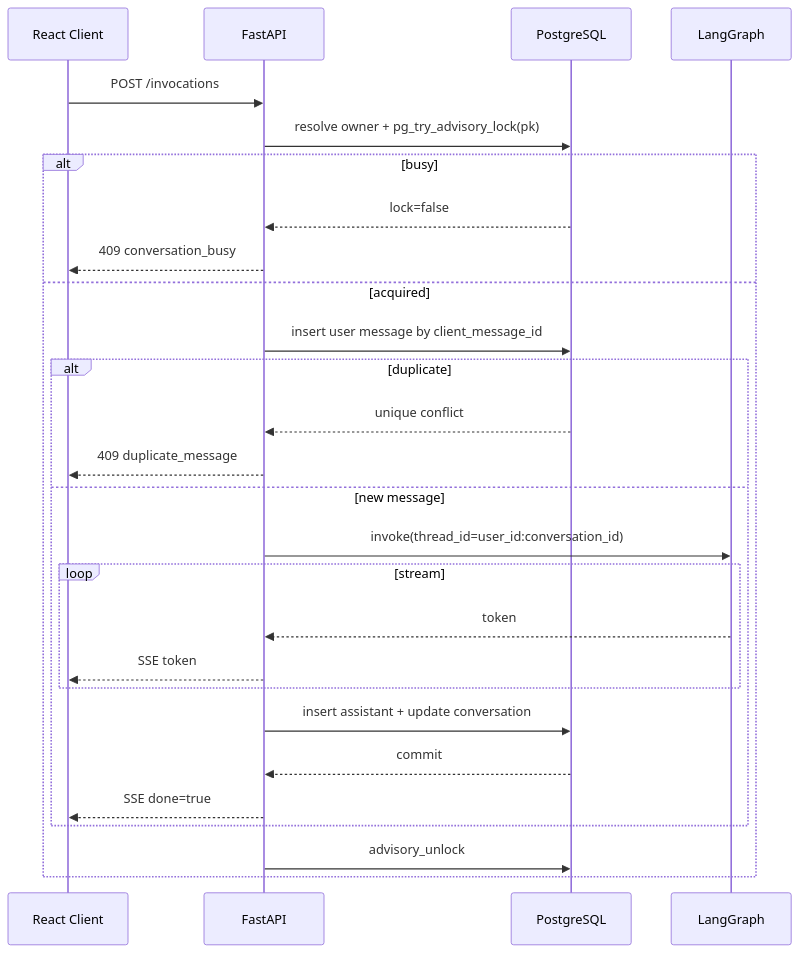
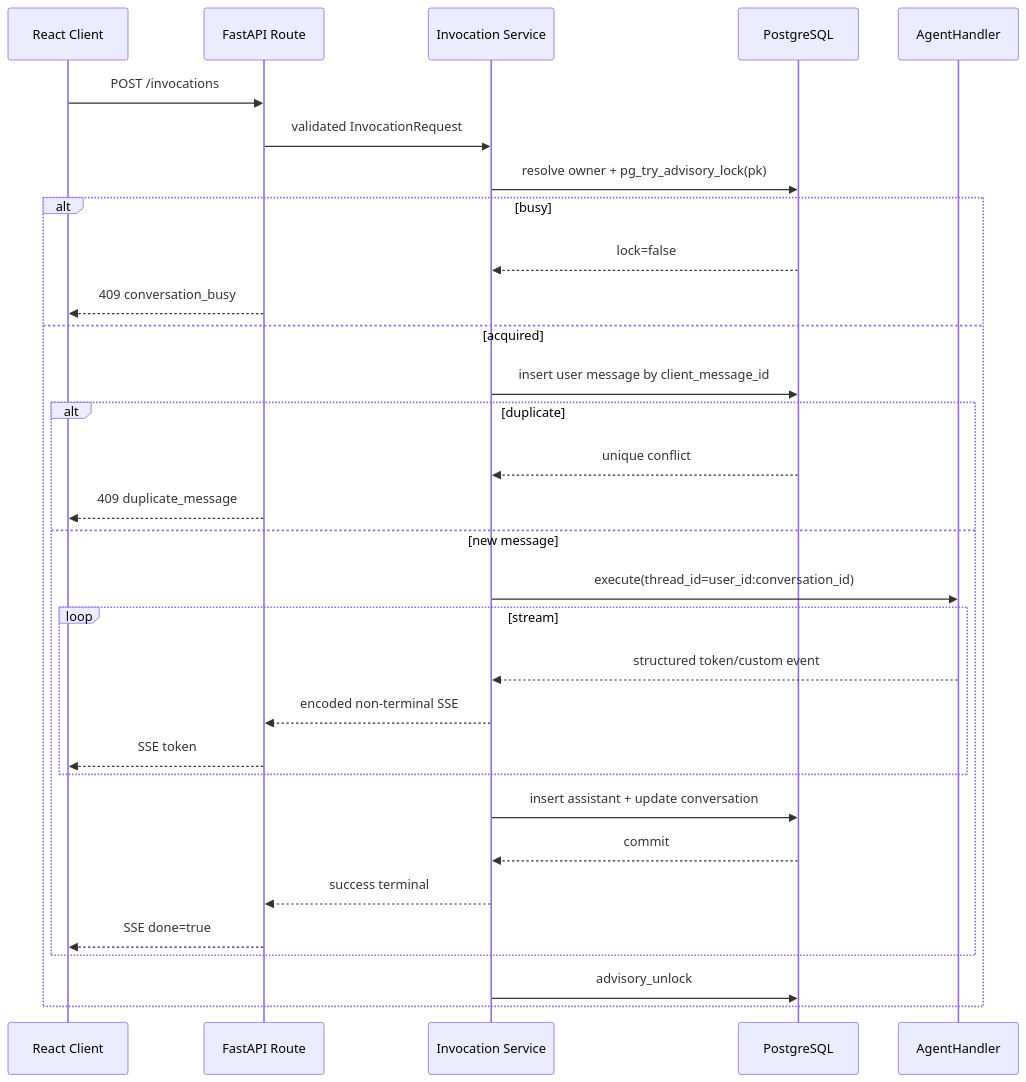
The second of 3 diagrams in personal-assistant-meta/issues/features/feature-14-multi-session-runtime-prewarm/plan.md (T-1009/personal-assistant), drawn with Mermaid before and after one commit. The commit also changed other lines of this file and 3 other files, not shown here.

````diff
--- a/personal-assistant-meta/issues/features/feature-14-multi-session-runtime-prewarm/plan.md
+++ b/personal-assistant-meta/issues/features/feature-14-multi-session-runtime-prewarm/plan.md
@@ -339,30 +340,34 @@
 ```mermaid
 sequenceDiagram
     participant UI as React Client
-    participant API as FastAPI
+    participant API as FastAPI Route
+    participant Invocation as Invocation Service
     participant DB as PostgreSQL
-    participant Graph as LangGraph
+    participant Agent as AgentHandler
 
     UI->>API: POST /invocations
-    API->>DB: resolve owner + pg_try_advisory_lock(pk)
+    API->>Invocation: validated InvocationRequest
+    Invocation->>DB: resolve owner + pg_try_advisory_lock(pk)
     alt busy
-        DB-->>API: lock=false
+        DB-->>Invocation: lock=false
         API-->>UI: 409 conversation_busy
     else acquired
-        API->>DB: insert user message by client_message_id
+        Invocation->>DB: insert user message by client_message_id
         alt duplicate
-            DB-->>API: unique conflict
+            DB-->>Invocation: unique conflict
             API-->>UI: 409 duplicate_message
         else new message
-            API->>Graph: invoke(thread_id=user_id:conversation_id)
+            Invocation->>Agent: execute(thread_id=user_id:conversation_id)
             loop stream
-                Graph-->>API: token
+                Agent-->>Invocation: structured token/custom event
+                Invocation-->>API: encoded non-terminal SSE
                 API-->>UI: SSE token
             end
-            API->>DB: insert assistant + update conversation
-            DB-->>API: commit
+            Invocation->>DB: insert assistant + update conversation
+            DB-->>Invocation: commit
+            Invocation-->>API: success terminal
             API-->>UI: SSE done=true
         end
-        API->>DB: advisory_unlock
+        Invocation->>DB: advisory_unlock
     end
 ```
````
